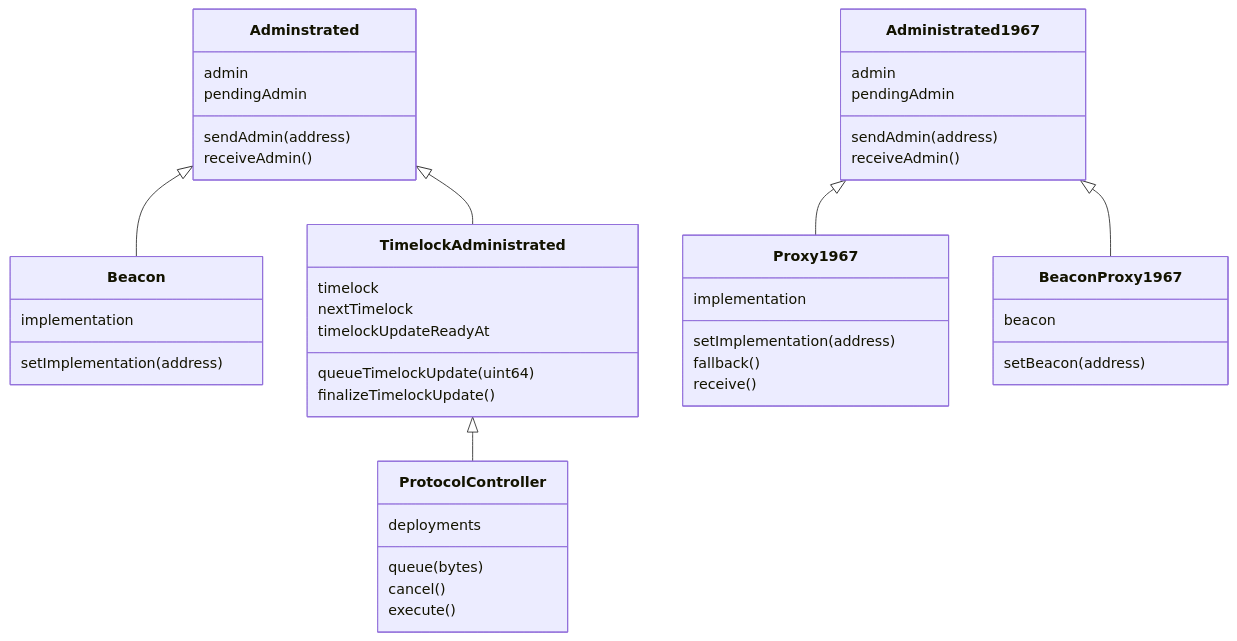
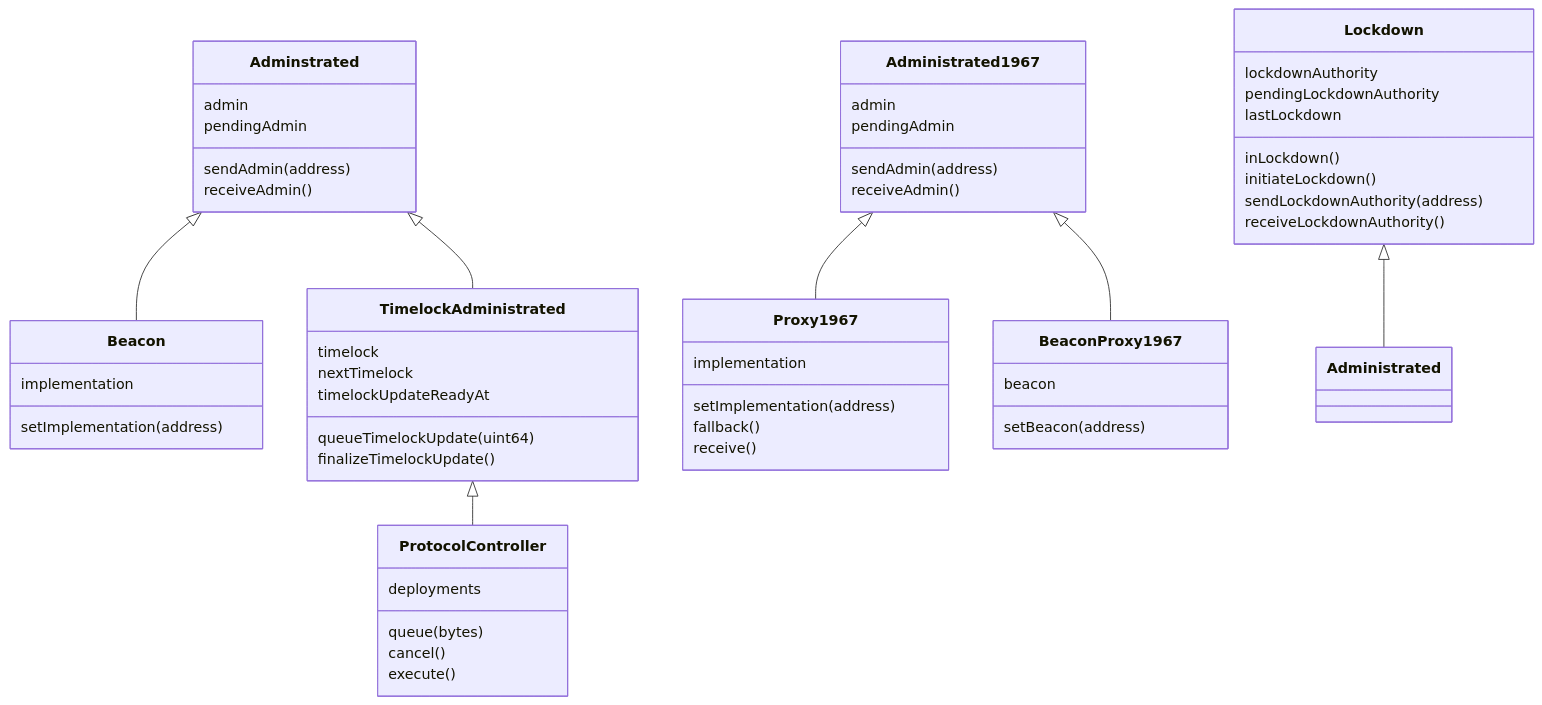
One commit to jtriley2p/protoctl changed the second of 2 diagrams in README.md. Above: the diagram before and after it, drawn with Mermaid. The commit also changed 4 other files, not shown here.

````diff
--- a/README.md
+++ b/README.md
@@ -69,58 +69,70 @@
 ```mermaid
 classDiagram
+    class Lockdown {
+        lockdownAuthority
+        pendingLockdownAuthority
+        lastLockdown
+
+        inLockdown()
+        initiateLockdown()
+        sendLockdownAuthority(address)
+        receiveLockdownAuthority()
+    }
+
     class Adminstrated {
         admin
         pendingAdmin
 
         sendAdmin(address)
         receiveAdmin()
     }
 
     class Administrated1967 {
         admin
         pendingAdmin
 
         sendAdmin(address)
         receiveAdmin()
     }
 
     class TimelockAdministrated {
         timelock
         nextTimelock
         timelockUpdateReadyAt
 
         queueTimelockUpdate(uint64)
         finalizeTimelockUpdate()
     }
 
     class Proxy1967 {
         implementation
         setImplementation(address)
         fallback()
         receive()
     }
 
     class Beacon {
         implementation
         setImplementation(address)
     }
 
     class BeaconProxy1967 {
         beacon
         setBeacon(address)
     }
 
     class ProtocolController {
         deployments
         queue(bytes)
         cancel()
         execute()
     }
 
     Administrated1967 <|-- Proxy1967
     Administrated1967 <|-- BeaconProxy1967
 
+    Lockdown <|-- Administrated
     Adminstrated <|-- Beacon
     Adminstrated <|-- TimelockAdministrated
     TimelockAdministrated <|-- ProtocolController
 ```
````
